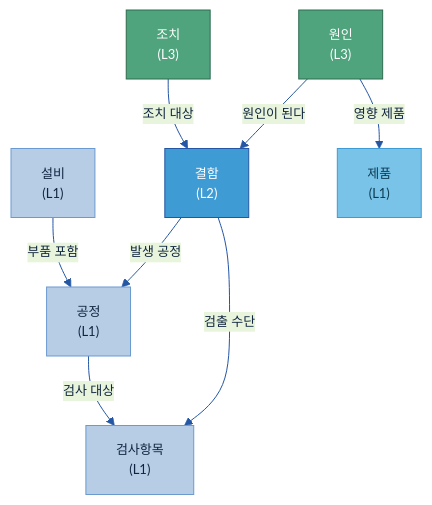
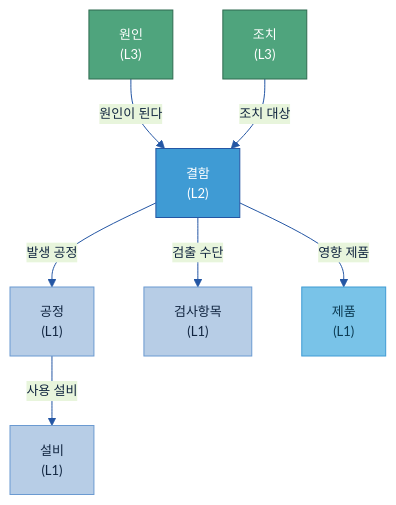
One commit to jin-kearney/ai-ready-data-manual changed the third of 8 diagrams in 가이드 작성/B-3 온톨로지/B-3 온톨로지.md. Above: the diagram before and after it, drawn with Mermaid. The commit also changed other lines of this file and 1 other file, not shown here.

Commit message:
docs(B-3): §2.5를 대표 개념 예시로 재프레이밍 + 어색한 관계 정리
- 인트로 '핵심 개념 7개/관계 7개'(캐노니컬) → '예시로 그려 본 대표 개념·관계'
- 어색한 관계 정리: '설비→부품 포함→공정'·'공정→검사 대상→검사항목' 제거,
  '공정→사용 설비→설비'·'결함→영향 제품→제품'으로 — 레이어·의미 정합. v0.45

````diff
--- a/가이드 작성/B-3 온톨로지/B-3 온톨로지.md
+++ b/가이드 작성/B-3 온톨로지/B-3 온톨로지.md
@@ -238,22 +238,21 @@
 ```mermaid
 %%{init: {'theme':'base','themeVariables':{'primaryColor':'#DCE8F5','primaryBorderColor':'#2456A4','primaryTextColor':'#10243f','lineColor':'#2456A4','fontSize':'13px'}}}%%
 flowchart TB
     원인["원인\n(L3)"]:::loop
     조치["조치\n(L3)"]:::loop
     결함["결함\n(L2)"]:::gate
     공정["공정\n(L1)"]:::n
     설비["설비\n(L1)"]:::n
     검사항목["검사항목\n(L1)"]:::n
     제품["제품\n(L1)"]:::src
     원인 -->|"원인이 된다"| 결함
+    조치 -->|"조치 대상"| 결함
     결함 -->|"발생 공정"| 공정
     결함 -->|"검출 수단"| 검사항목
-    조치 -->|"조치 대상"| 결함
-    공정 -->|"검사 대상"| 검사항목
-    설비 -->|"부품 포함"| 공정
-    원인 -->|"영향 제품"| 제품
+    결함 -->|"영향 제품"| 제품
+    공정 -->|"사용 설비"| 설비
     classDef n fill:#B7CDE6,stroke:#6B9AD1,color:#10243f;
     classDef src fill:#79C3E8,stroke:#3F9BD4,color:#0b3a52;
     classDef gate fill:#3F9BD4,stroke:#2456A4,color:#fff;
     classDef loop fill:#4FA47D,stroke:#2f6b50,color:#fff;
 ```
````
